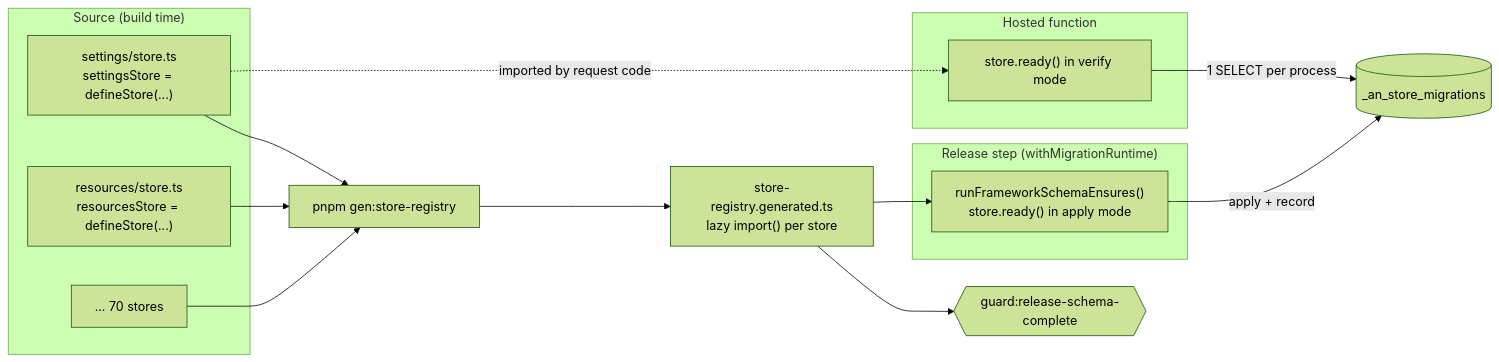
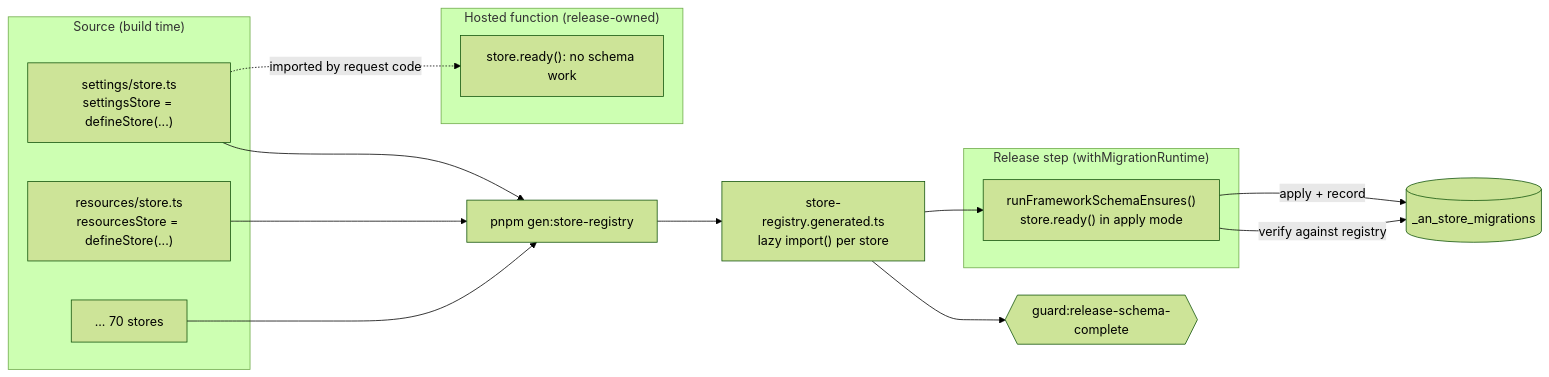
One commit to BuilderIO/agent-native changed the sixth of 20 diagrams in docs/plans/2026-09-28-store-registry-schema-ownership.md. Above: the diagram before and after it, drawn with Mermaid (forest theme). The commit also changed other lines of this file and 15 other files, not shown here.

First line of the commit message:
Move schema verification to the release step and add the upgrade test

````diff
--- a/docs/plans/2026-09-28-store-registry-schema-ownership.md
+++ b/docs/plans/2026-09-28-store-registry-schema-ownership.md
@@ -264,26 +266,26 @@
 ```mermaid
 flowchart LR
   subgraph src["Source (build time)"]
     M1["settings/store.ts<br/>settingsStore = defineStore(...)"]
     M2["resources/store.ts<br/>resourcesStore = defineStore(...)"]
     M3["... 70 stores"]
   end
   GEN["pnpm gen:store-registry"]
   REG["store-registry.generated.ts<br/>lazy import() per store"]
   GUARD{{"guard:release-schema-complete"}}
   M1 --> GEN
   M2 --> GEN
   M3 --> GEN
   GEN --> REG
   REG --> GUARD
   subgraph rel["Release step (withMigrationRuntime)"]
     RUN["runFrameworkSchemaEnsures()<br/>store.ready() in apply mode"]
   end
   REG --> RUN
   RUN -->|"apply + record"| L[("_an_store_migrations")]
-  subgraph fn["Hosted function"]
-    RDY["store.ready() in verify mode"]
+  RUN -->|"verify against registry"| L
+  subgraph fn["Hosted function (release-owned)"]
+    RDY["store.ready(): no schema work"]
   end
   M1 -.->|"imported by request code"| RDY
-  RDY -->|"1 SELECT per process"| L
 ```
````
